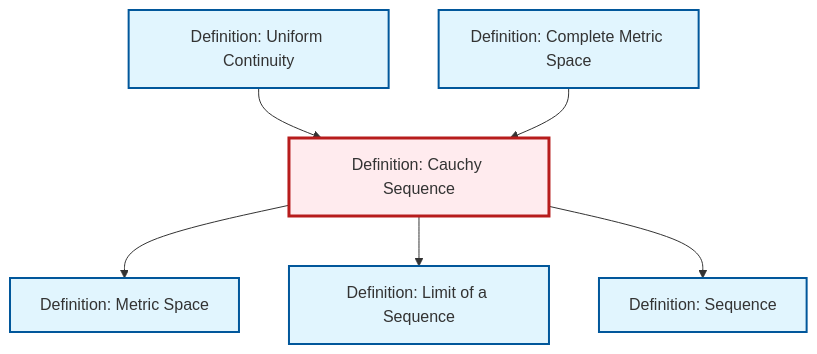
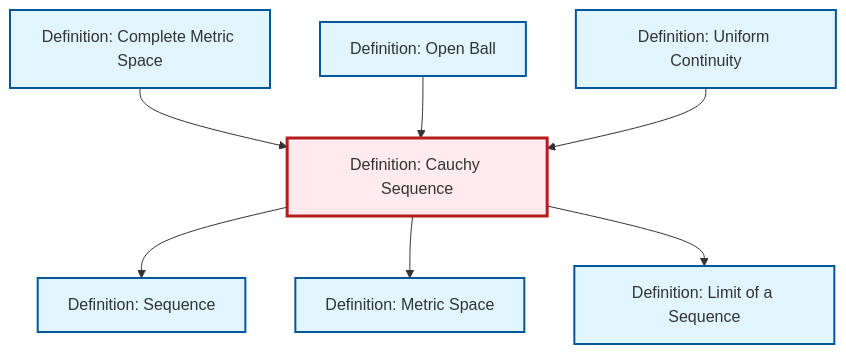
One commit to RK0429/ModernMath changed the diagram in content/en/analysis/def-cauchy-sequence.qmd. Above: the diagram before and after it, drawn with Mermaid. The commit also changed 1069 other files, not shown here.

````diff
--- a/content/en/analysis/def-cauchy-sequence.qmd
+++ b/content/en/analysis/def-cauchy-sequence.qmd
@@ -88,26 +88,29 @@
 ```{mermaid}
 %%| fig-cap: "Local dependency graph"
 graph TD
     classDef definition fill:#e1f5fe,stroke:#01579b,stroke-width:2px
     classDef theorem fill:#f3e5f5,stroke:#4a148c,stroke-width:2px
     classDef axiom fill:#fff3e0,stroke:#e65100,stroke-width:2px
     classDef example fill:#e8f5e9,stroke:#1b5e20,stroke-width:2px
     classDef current fill:#ffebee,stroke:#b71c1c,stroke-width:3px
+    def-limit["Definition: Limit of a Sequence"]:::definition
+    def-uniform-continuity["Definition: Uniform Continuity"]:::definition
+    def-sequence["Definition: Sequence"]:::definition
+    def-cauchy-sequence["Definition: Cauchy Sequence"]:::definition
     def-metric-space["Definition: Metric Space"]:::definition
-    def-cauchy-sequence["Definition: Cauchy Sequence"]:::definition
     def-complete-metric-space["Definition: Complete Metric Space"]:::definition
-    def-limit["Definition: Limit of a Sequence"]:::definition
-    def-sequence["Definition: Sequence"]:::definition
-    def-uniform-continuity["Definition: Uniform Continuity"]:::definition
-    def-uniform-continuity --> def-cauchy-sequence
+    def-open-ball["Definition: Open Ball"]:::definition
+    def-cauchy-sequence --> def-sequence
     def-complete-metric-space --> def-cauchy-sequence
     def-cauchy-sequence --> def-metric-space
+    def-open-ball --> def-cauchy-sequence
+    def-uniform-continuity --> def-cauchy-sequence
     def-cauchy-sequence --> def-limit
-    def-cauchy-sequence --> def-sequence
     class def-cauchy-sequence current
+    click def-limit "def-limit.html" "Go to Limit of a Sequence definition"
+    click def-uniform-continuity "def-uniform-continuity.html" "Go to Uniform Continuity definition"
+    click def-sequence "def-sequence.html" "Go to Sequence definition"
     click def-metric-space "def-metric-space.html" "Go to Metric Space definition"
     click def-complete-metric-space "def-complete-metric-space.html" "Go to Complete Metric Space definition"
-    click def-limit "def-limit.html" "Go to Limit of a Sequence definition"
-    click def-sequence "def-sequence.html" "Go to Sequence definition"
-    click def-uniform-continuity "def-uniform-continuity.html" "Go to Uniform Continuity definition"
+    click def-open-ball "def-open-ball.html" "Go to Open Ball definition"
 ```
````
